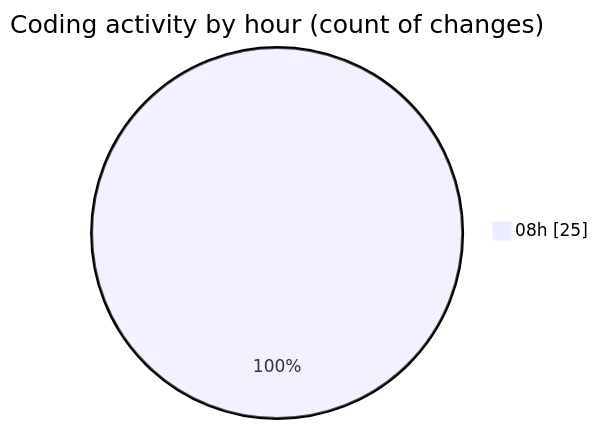
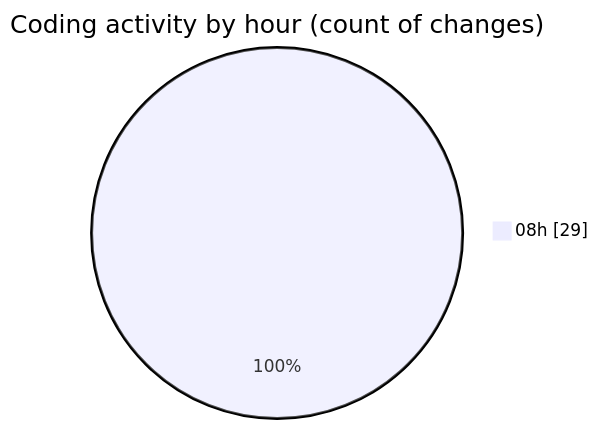
Before and after one commit to MatusMokan/code-tracking: the second of 2 diagrams in 2025-04-20/myws__workspace_/README.md, drawn with Mermaid. The commit also changed other lines of this file and 1 other file, not shown here.

````diff
--- a/2025-04-20/myws__workspace_/README.md
+++ b/2025-04-20/myws__workspace_/README.md
@@ -28,5 +28,5 @@
 ```mermaid
 pie showData
 title Coding activity by hour (count of changes)
-"08h" : 25
+"08h" : 29
 ```
````
